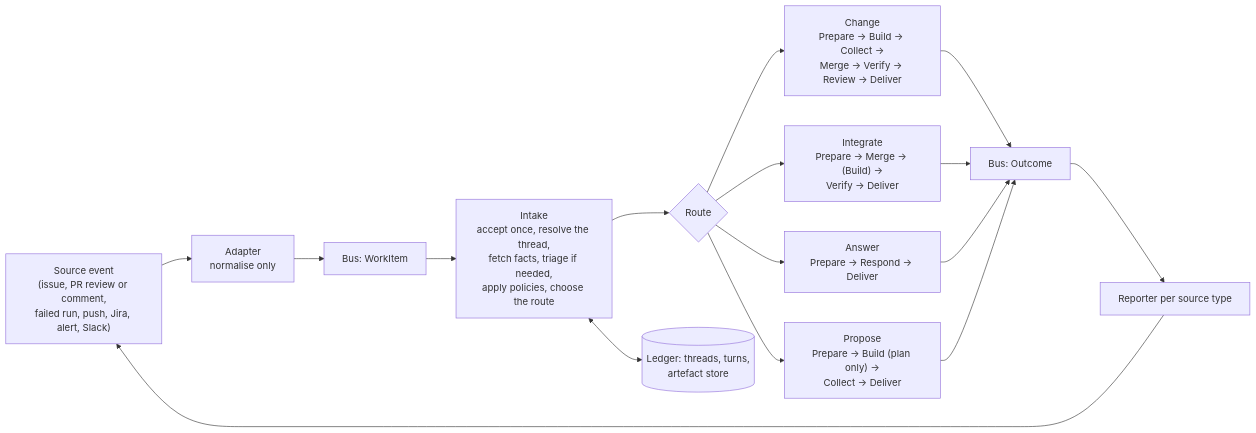
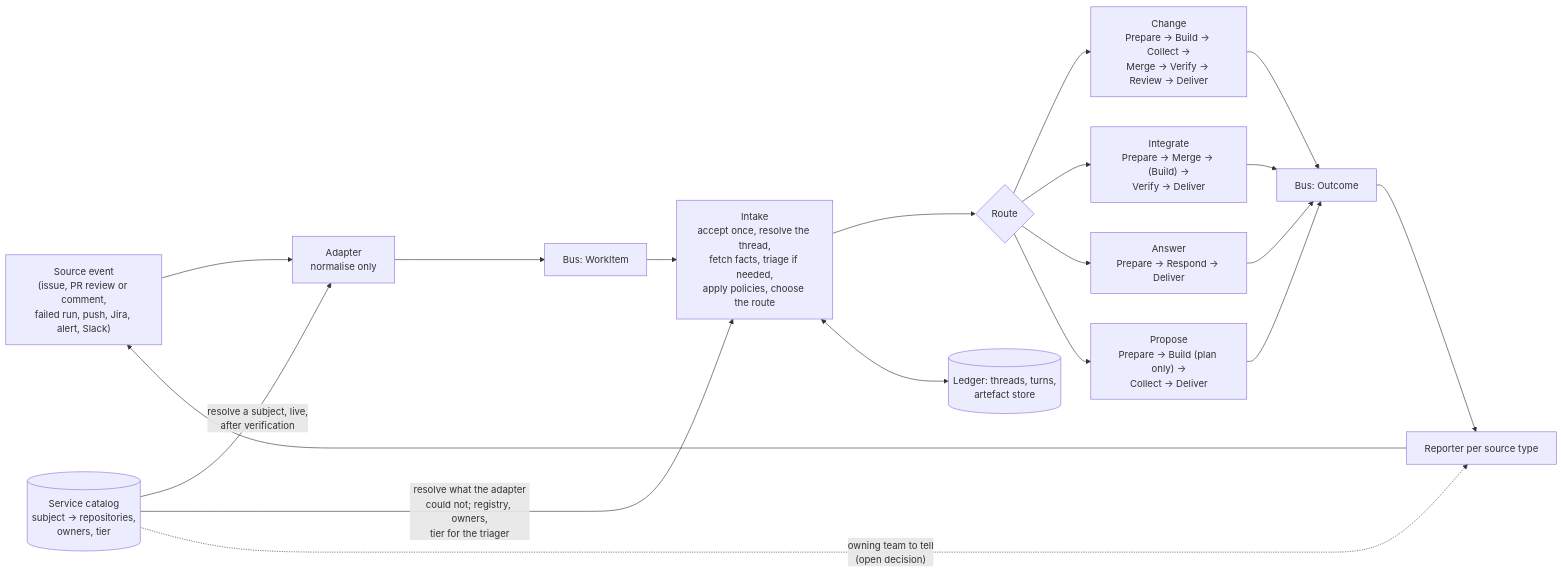
Before and after one commit to JamieGeddes/factorial: the diagram in docs/target-state-architecture.md, drawn with Mermaid.

Commit message:
Add the service catalog to the brief's Mermaid diagram

````diff
--- a/docs/target-state-architecture.md
+++ b/docs/target-state-architecture.md
@@ -30,23 +30,27 @@
 ```mermaid
 flowchart LR
     src["Source event<br/>(issue, PR review or comment,<br/>failed run, push, Jira, alert, Slack)"]
     adapter["Adapter<br/>normalise only"]
     bus["Bus: WorkItem"]
     intake["Intake<br/>accept once, resolve the thread,<br/>fetch facts, triage if needed,<br/>apply policies, choose the route"]
     route{"Route"}
     change["Change<br/>Prepare → Build → Collect →<br/>Merge → Verify → Review → Deliver"]
     integrate["Integrate<br/>Prepare → Merge → (Build) →<br/>Verify → Deliver"]
     answer["Answer<br/>Prepare → Respond → Deliver"]
     propose["Propose<br/>Prepare → Build (plan only) →<br/>Collect → Deliver"]
     outcome["Bus: Outcome"]
     reporter["Reporter per source type"]
     thread[("Ledger: threads, turns,<br/>artefact store")]
+    catalog[("Service catalog<br/>subject → repositories,<br/>owners, tier")]
 
     src --> adapter --> bus --> intake --> route
     route --> change --> outcome
     route --> integrate --> outcome
     route --> answer --> outcome
     route --> propose --> outcome
     outcome --> reporter --> src
     intake <--> thread
+    catalog -- "resolve a subject, live,<br/>after verification" --> adapter
+    catalog -- "resolve what the adapter<br/>could not; registry, owners,<br/>tier for the triager" --> intake
+    catalog -. "owning team to tell<br/>(open decision)" .-> reporter
 ```
````
